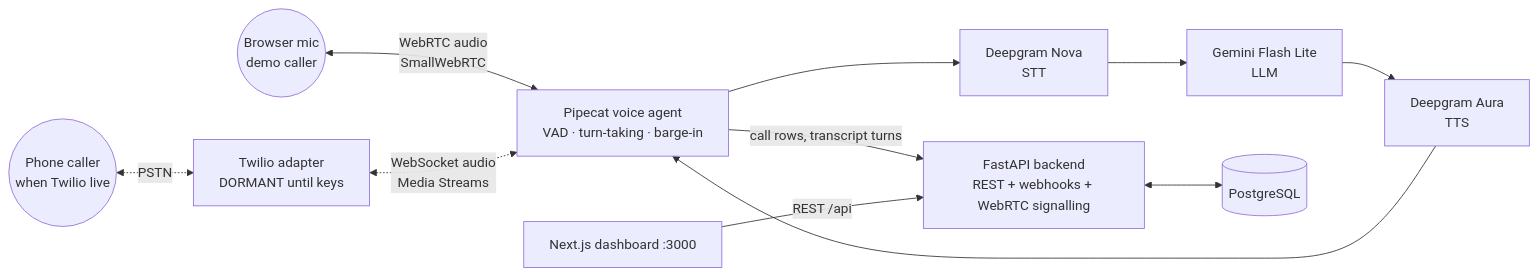
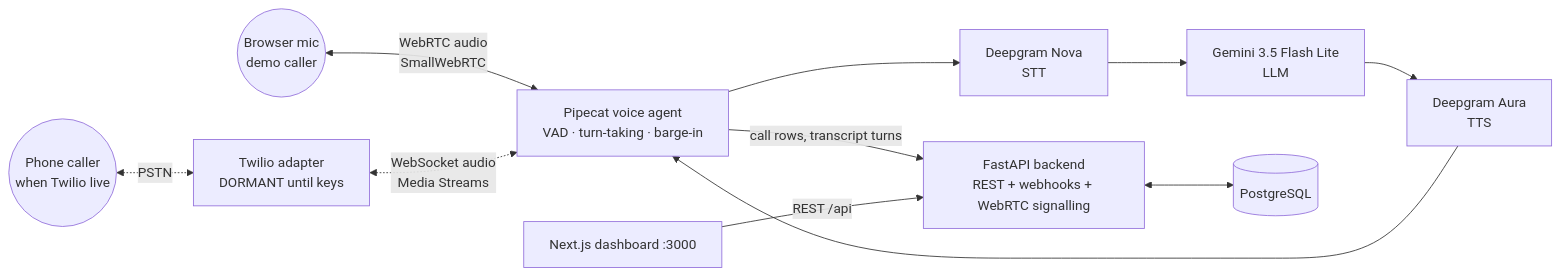
The diagram in ARCHITECTURE.md (sajiiid09/automated-call-centre), drawn with Mermaid before and after one commit. The commit also changed other lines of this file and 8 other files, not shown here.

````diff
--- a/ARCHITECTURE.md
+++ b/ARCHITECTURE.md
@@ -5,21 +5,21 @@
 ```mermaid
 flowchart LR
     Browser((Browser mic\ndemo caller))
     Caller((Phone caller\nwhen Twilio live))
     Twilio[Twilio adapter\nDORMANT until keys]
     Agent[Pipecat voice agent\nVAD · turn-taking · barge-in]
     DG_STT[Deepgram Nova\nSTT]
-    Gemini[Gemini Flash Lite\nLLM]
+    Gemini[Gemini 3.5 Flash Lite\nLLM]
     DG_TTS[Deepgram Aura\nTTS]
     API[FastAPI backend\nREST + webhooks + WebRTC signalling]
     DB[(PostgreSQL)]
     FE[Next.js dashboard :3000]
 
     Browser <-->|WebRTC audio\nSmallWebRTC| Agent
     Caller <-.->|PSTN| Twilio
     Twilio <-.->|WebSocket audio\nMedia Streams| Agent
     Agent --> DG_STT --> Gemini --> DG_TTS --> Agent
     Agent -->|call rows, transcript turns| API
     API <--> DB
     FE -->|REST /api| API
 ```
````
